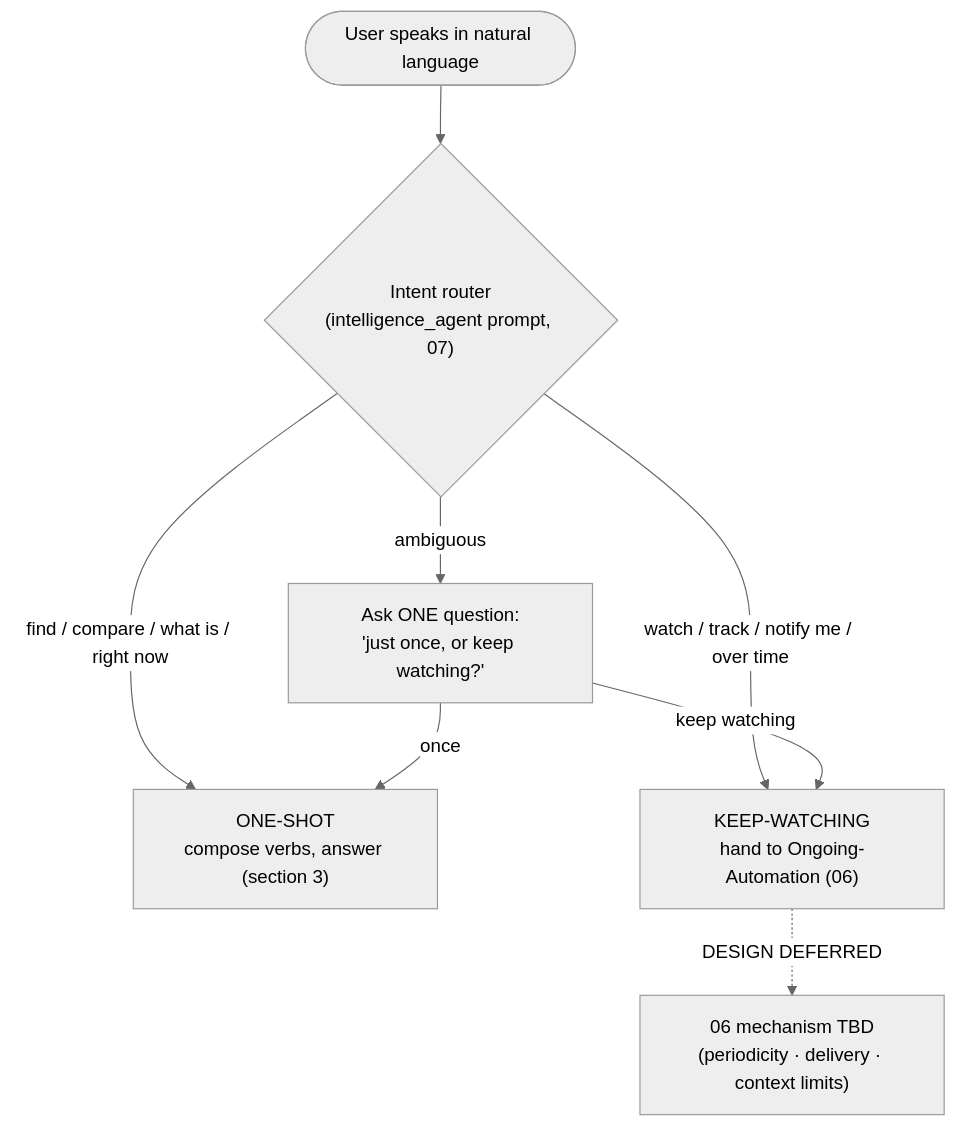
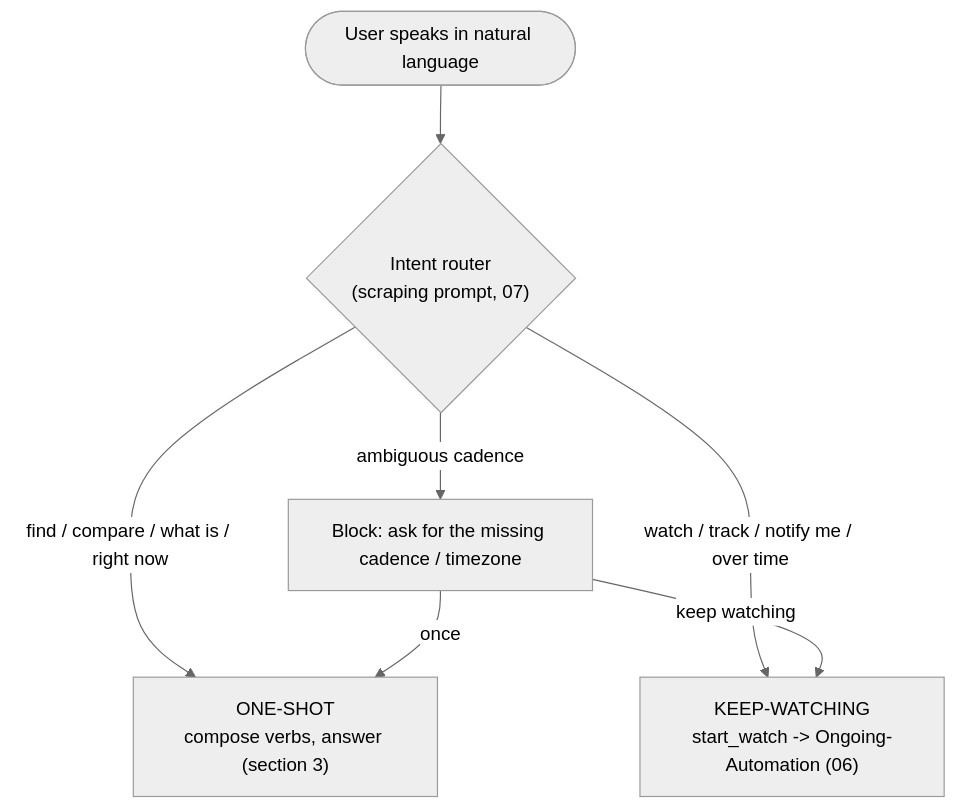
One commit to MODSetter/SurfSense changed the fourth of 6 diagrams in plans/backend/00b-pipeline-diagrams.md. Above: the diagram before and after it, drawn with Mermaid (neutral theme). The commit also changed other lines of this file and 3 other files, not shown here.

````diff
--- a/plans/backend/00b-pipeline-diagrams.md
+++ b/plans/backend/00b-pipeline-diagrams.md
@@ -78,10 +78,9 @@
 ```mermaid
 flowchart TD
-  U(["User speaks in natural language"]) --> R{"Intent router<br/>(intelligence_agent prompt, 07)"}
+  U(["User speaks in natural language"]) --> R{"Intent router<br/>(scraping prompt, 07)"}
   R -->|"find / compare / what is / right now"| A["ONE-SHOT<br/>compose verbs, answer (section 3)"]
-  R -->|"watch / track / notify me / over time"| B["KEEP-WATCHING<br/>hand to Ongoing-Automation (06)"]
-  R -->|ambiguous| Q["Ask ONE question:<br/>'just once, or keep watching?'"]
+  R -->|"watch / track / notify me / over time"| B["KEEP-WATCHING<br/>start_watch -> Ongoing-Automation (06)"]
+  R -->|ambiguous cadence| Q["Block: ask for the missing cadence / timezone"]
   Q -->|once| A
   Q -->|keep watching| B
-  B -.->|DESIGN DEFERRED| X["06 mechanism TBD<br/>(periodicity · delivery · context limits)"]
 ```
````
